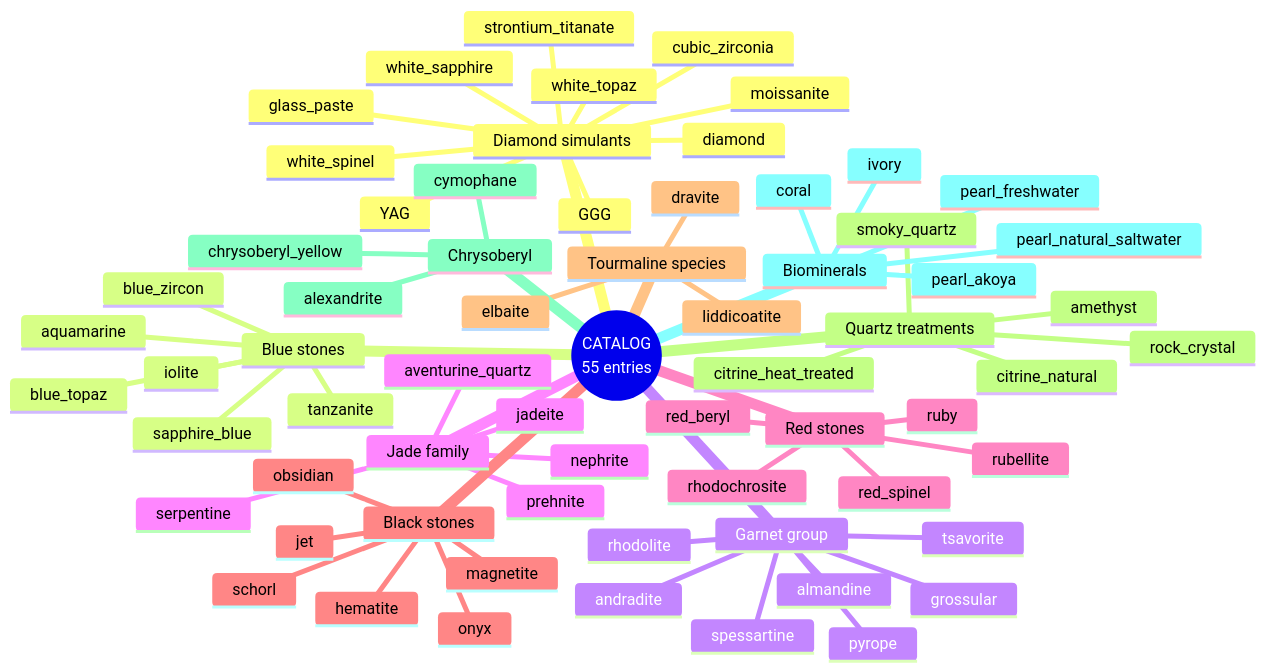
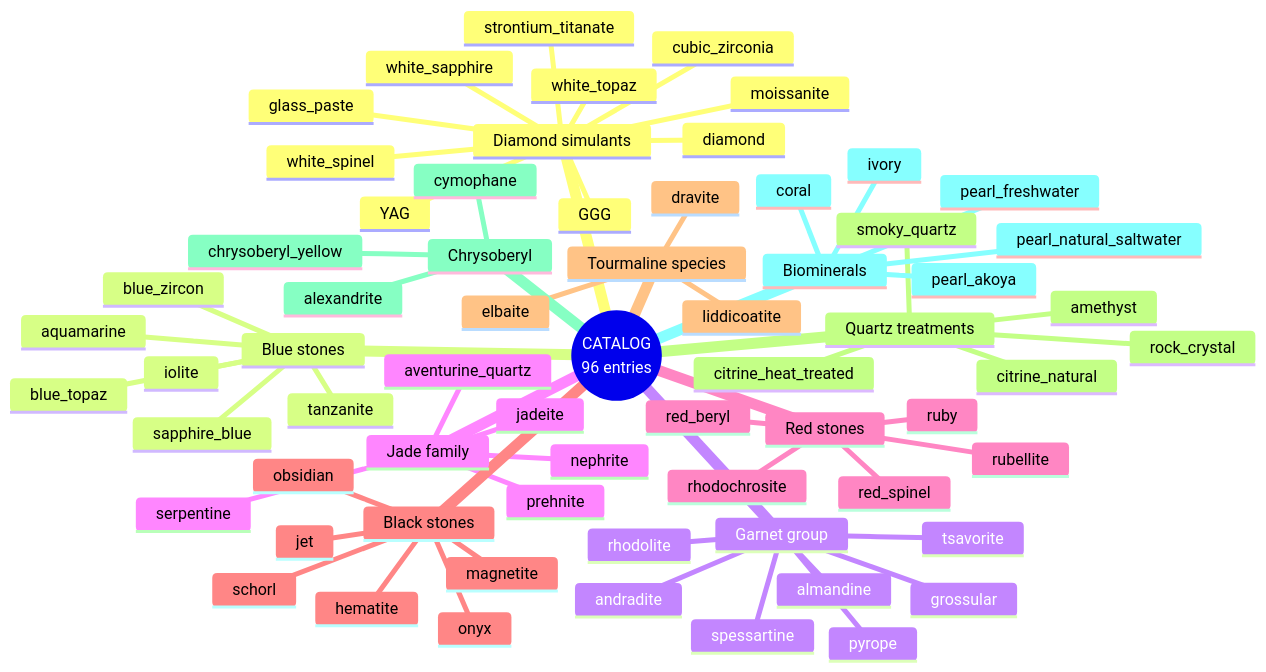
One commit to sonoransun/checkmsg changed the first of 2 diagrams in docs/catalog.md. Above: the diagram before and after it, drawn with Mermaid. The commit also changed other lines of this file and 63 other files, not shown here.

````diff
--- a/docs/catalog.md
+++ b/docs/catalog.md
@@ -7,69 +7,69 @@
 ```mermaid
 mindmap
-  root((CATALOG<br/>55 entries))
+  root((CATALOG<br/>96 entries))
     Diamond simulants
       diamond
       moissanite
       cubic_zirconia
       GGG
       YAG
       strontium_titanate
       white_sapphire
       white_topaz
       white_spinel
       glass_paste
     Blue stones
       sapphire_blue
       tanzanite
       iolite
       aquamarine
       blue_topaz
       blue_zircon
     Garnet group
       pyrope
       almandine
       spessartine
       grossular
       andradite
       rhodolite
       tsavorite
     Jade family
       jadeite
       nephrite
       serpentine
       aventurine_quartz
       prehnite
     Red stones
       ruby
       red_spinel
       red_beryl
       rubellite
       rhodochrosite
     Black stones
       hematite
       magnetite
       obsidian
       jet
       onyx
       schorl
     Tourmaline species
       elbaite
       dravite
       liddicoatite
     Quartz treatments
       rock_crystal
       citrine_natural
       citrine_heat_treated
       amethyst
       smoky_quartz
     Chrysoberyl
       alexandrite
       cymophane
       chrysoberyl_yellow
     Biominerals
       pearl_natural_saltwater
       pearl_akoya
       pearl_freshwater
       coral
       ivory
 ```
````
